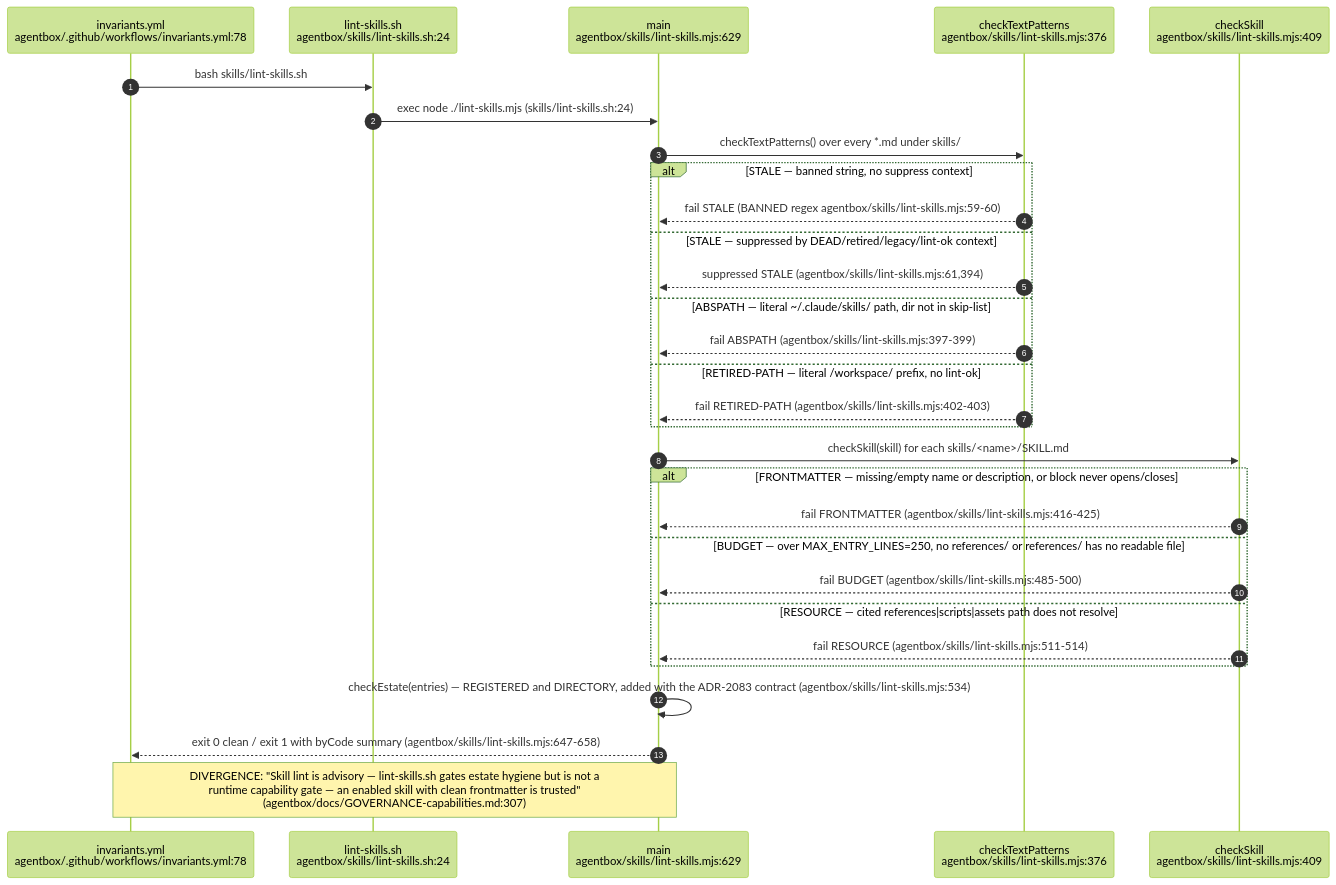
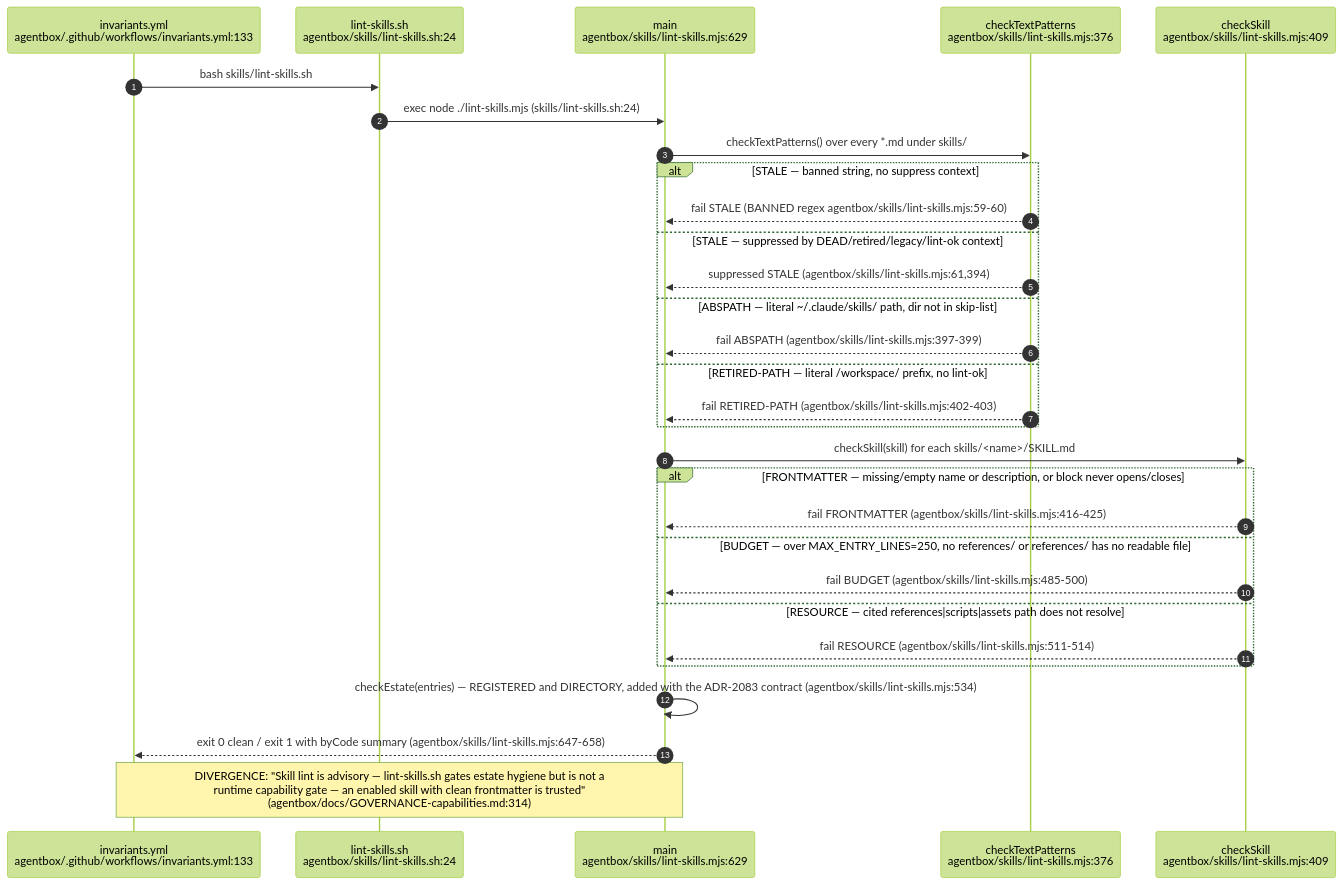
One commit to DreamLab-AI/VisionFlow changed the third of 12 diagrams in docs/diagrams/agentbox/22-skills-and-routing.md. Above: the diagram before and after it, drawn with Mermaid (forest theme). The commit also changed other lines of this file and 111 other files, not shown here.

Commit message:
docs(diagrams): align estate maps with current source

````diff
--- a/docs/diagrams/agentbox/22-skills-and-routing.md
+++ b/docs/diagrams/agentbox/22-skills-and-routing.md
@@ -148,33 +148,33 @@
 ```mermaid
 sequenceDiagram
     autonumber
-    participant CI as invariants.yml<br/>agentbox/.github/workflows/invariants.yml:78
+    participant CI as invariants.yml<br/>agentbox/.github/workflows/invariants.yml:133
     participant SH as lint-skills.sh<br/>agentbox/skills/lint-skills.sh:24
     participant MJS as main<br/>agentbox/skills/lint-skills.mjs:629
     participant TXT as checkTextPatterns<br/>agentbox/skills/lint-skills.mjs:376
     participant SKC as checkSkill<br/>agentbox/skills/lint-skills.mjs:409
 
     CI->>SH: bash skills/lint-skills.sh
     SH->>MJS: exec node ./lint-skills.mjs (skills/lint-skills.sh:24)
     MJS->>TXT: checkTextPatterns() over every *.md under skills/
     alt STALE — banned string, no suppress context
         TXT-->>MJS: fail STALE (BANNED regex agentbox/skills/lint-skills.mjs:59-60)
     else STALE — suppressed by DEAD/retired/legacy/lint-ok context
         TXT-->>MJS: suppressed STALE (agentbox/skills/lint-skills.mjs:61,394)
     else ABSPATH — literal ~/.claude/skills/ path, dir not in skip-list
         TXT-->>MJS: fail ABSPATH (agentbox/skills/lint-skills.mjs:397-399)
     else RETIRED-PATH — literal /workspace/ prefix, no lint-ok
         TXT-->>MJS: fail RETIRED-PATH (agentbox/skills/lint-skills.mjs:402-403)
     end
     MJS->>SKC: checkSkill(skill) for each skills/<name>/SKILL.md
     alt FRONTMATTER — missing/empty name or description, or block never opens/closes
         SKC-->>MJS: fail FRONTMATTER (agentbox/skills/lint-skills.mjs:416-425)
     else BUDGET — over MAX_ENTRY_LINES=250, no references/ or references/ has no readable file
         SKC-->>MJS: fail BUDGET (agentbox/skills/lint-skills.mjs:485-500)
     else RESOURCE — cited references|scripts|assets path does not resolve
         SKC-->>MJS: fail RESOURCE (agentbox/skills/lint-skills.mjs:511-514)
     end
     MJS->>MJS: checkEstate(entries) — REGISTERED and DIRECTORY, added with the ADR-2083 contract (agentbox/skills/lint-skills.mjs:534)
     MJS-->>CI: exit 0 clean / exit 1 with byCode summary (agentbox/skills/lint-skills.mjs:647-658)
-    Note over MJS,CI: DIVERGENCE: "Skill lint is advisory — lint-skills.sh gates estate hygiene but is not a<br/>runtime capability gate — an enabled skill with clean frontmatter is trusted"<br/>(agentbox/docs/GOVERNANCE-capabilities.md:307)
+    Note over MJS,CI: DIVERGENCE: "Skill lint is advisory — lint-skills.sh gates estate hygiene but is not a<br/>runtime capability gate — an enabled skill with clean frontmatter is trusted"<br/>(agentbox/docs/GOVERNANCE-capabilities.md:314)
 ```
````
